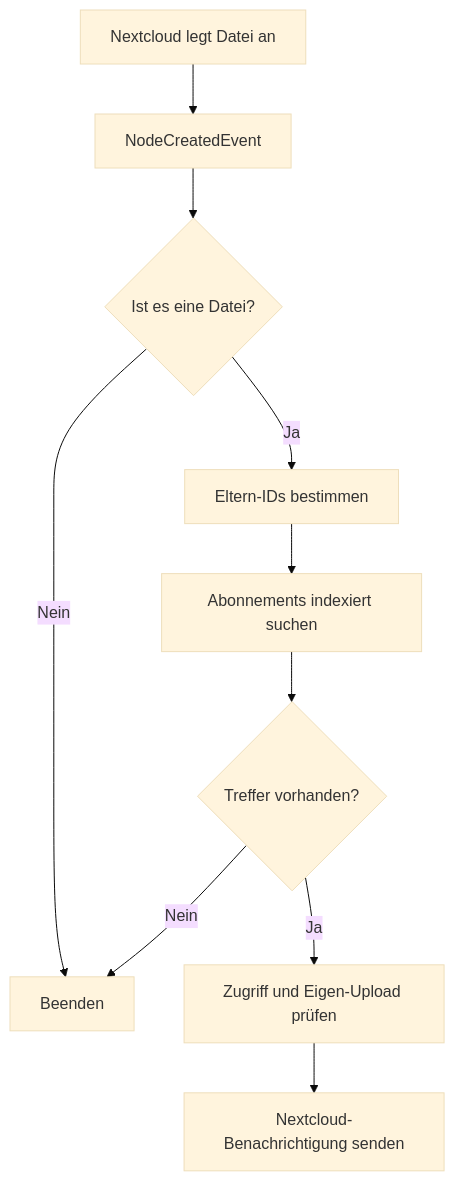
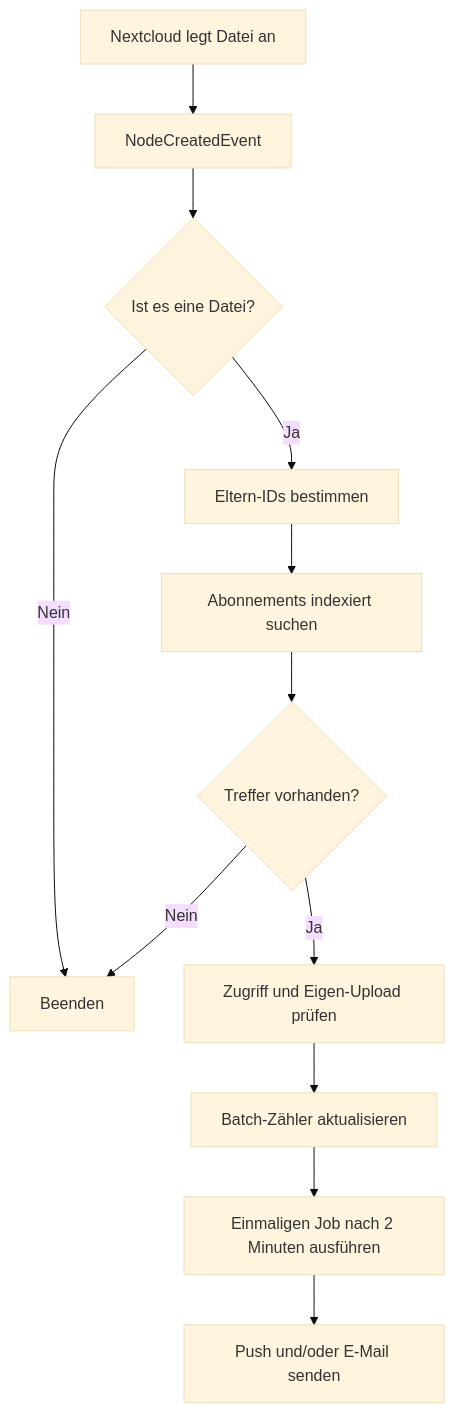
Before and after one commit to AlexPuchner/nextcloud-folder-upload-notifications: the diagram in docs/PROJEKTAUFTRAG.md, drawn with Mermaid (base theme). The commit also changed other lines of this file and 26 other files, not shown here.

````diff
--- a/docs/PROJEKTAUFTRAG.md
+++ b/docs/PROJEKTAUFTRAG.md
@@ -185,12 +186,14 @@
 ```mermaid
 flowchart TD
     A["Nextcloud legt Datei an"] --> B["NodeCreatedEvent"]
     B --> C{"Ist es eine Datei?"}
     C -- Nein --> Z["Beenden"]
     C -- Ja --> D["Eltern-IDs bestimmen"]
     D --> E["Abonnements indexiert suchen"]
     E --> F{"Treffer vorhanden?"}
     F -- Nein --> Z
     F -- Ja --> G["Zugriff und Eigen-Upload prüfen"]
-    G --> H["Nextcloud-Benachrichtigung senden"]
+    G --> H["Batch-Zähler aktualisieren"]
+    H --> I["Einmaligen Job nach 2 Minuten ausführen"]
+    I --> J["Push und/oder E-Mail senden"]
 ```
````
